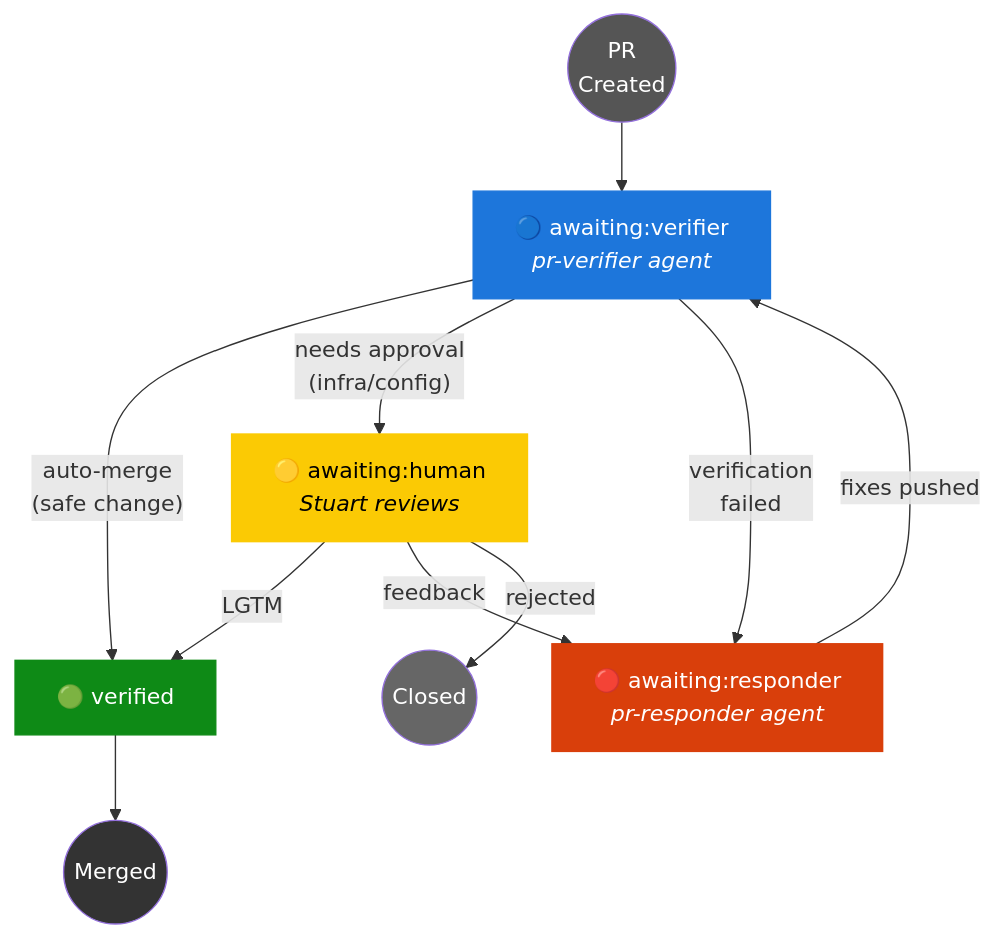
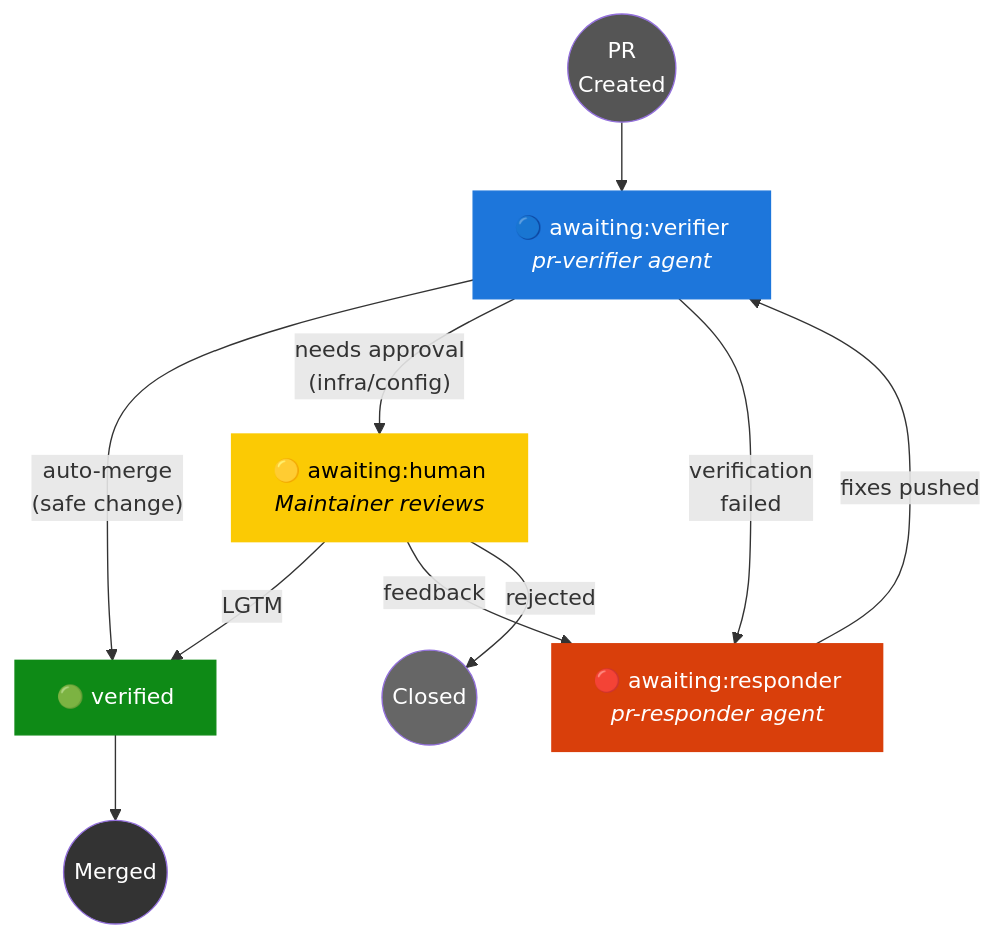
One commit to skwallace36/Pepper changed the diagram in docs/PR-STATE-MACHINE.md. Above: the diagram before and after it, drawn with Mermaid. The commit also changed other lines of this file and 39 other files, not shown here.

````diff
--- a/docs/PR-STATE-MACHINE.md
+++ b/docs/PR-STATE-MACHINE.md
@@ -21,31 +21,31 @@
 ```mermaid
 flowchart TD
     START(("PR\nCreated")) --> AV
 
     AV["🔵 awaiting:verifier\n<i>pr-verifier agent</i>"]
-    AH["🟡 awaiting:human\n<i>Stuart reviews</i>"]
+    AH["🟡 awaiting:human\n<i>Maintainer reviews</i>"]
     AR["🔴 awaiting:responder\n<i>pr-responder agent</i>"]
     V["🟢 verified"]
     M(("Merged"))
     C(("Closed"))
 
     AV -- "auto-merge\n(safe change)" --> V
     AV -- "needs approval\n(infra/config)" --> AH
     AV -- "verification\nfailed" --> AR
 
     AH -- "LGTM" --> V
     AH -- "feedback" --> AR
     AH -- "rejected" --> C
 
     AR -- "fixes pushed" --> AV
 
     V --> M
 
     style AV fill:#1D76DB,color:#fff,stroke:#1D76DB
     style AH fill:#FBCA04,color:#000,stroke:#FBCA04
     style AR fill:#D93F0B,color:#fff,stroke:#D93F0B
     style V fill:#0E8A16,color:#fff,stroke:#0E8A16
     style M fill:#333,color:#fff
     style C fill:#666,color:#fff
     style START fill:#555,color:#fff
 ```
````
